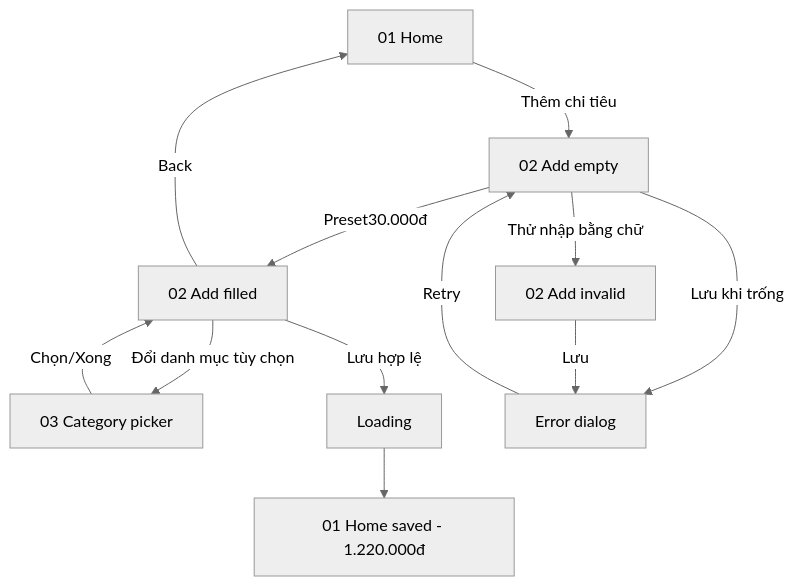
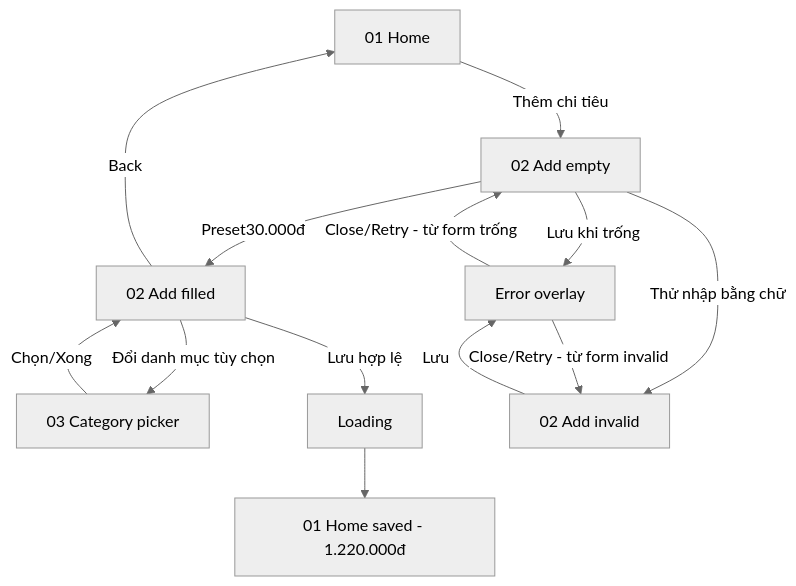
The second of 4 diagrams in ux/user-flow.md (dmm717/lab2_prm), drawn with Mermaid (neutral theme) before and after one commit. The commit also changed other lines of this file and 40 other files, not shown here.

````diff
--- a/ux/user-flow.md
+++ b/ux/user-flow.md
@@ -25,14 +25,15 @@
 ```mermaid
 flowchart TD
   H[01 Home] -->|Thêm chi tiêu| A[02 Add empty]
   A -->|Preset30.000đ| F[02 Add filled]
   F -->|Đổi danh mục tùy chọn| C[03 Category picker]
   C -->|Chọn/Xong| F
   F -->|Back| H
   F -->|Lưu hợp lệ| L[Loading]
   L --> S[01 Home saved - 1.220.000đ]
-  A -->|Lưu khi trống| E[Error dialog]
+  A -->|Lưu khi trống| E[Error overlay]
   A -->|Thử nhập bằng chữ| I[02 Add invalid]
   I -->|Lưu| E
-  E -->|Retry| A
+  E -->|Close/Retry - từ form trống| A
+  E -->|Close/Retry - từ form invalid| I
 ```
````
